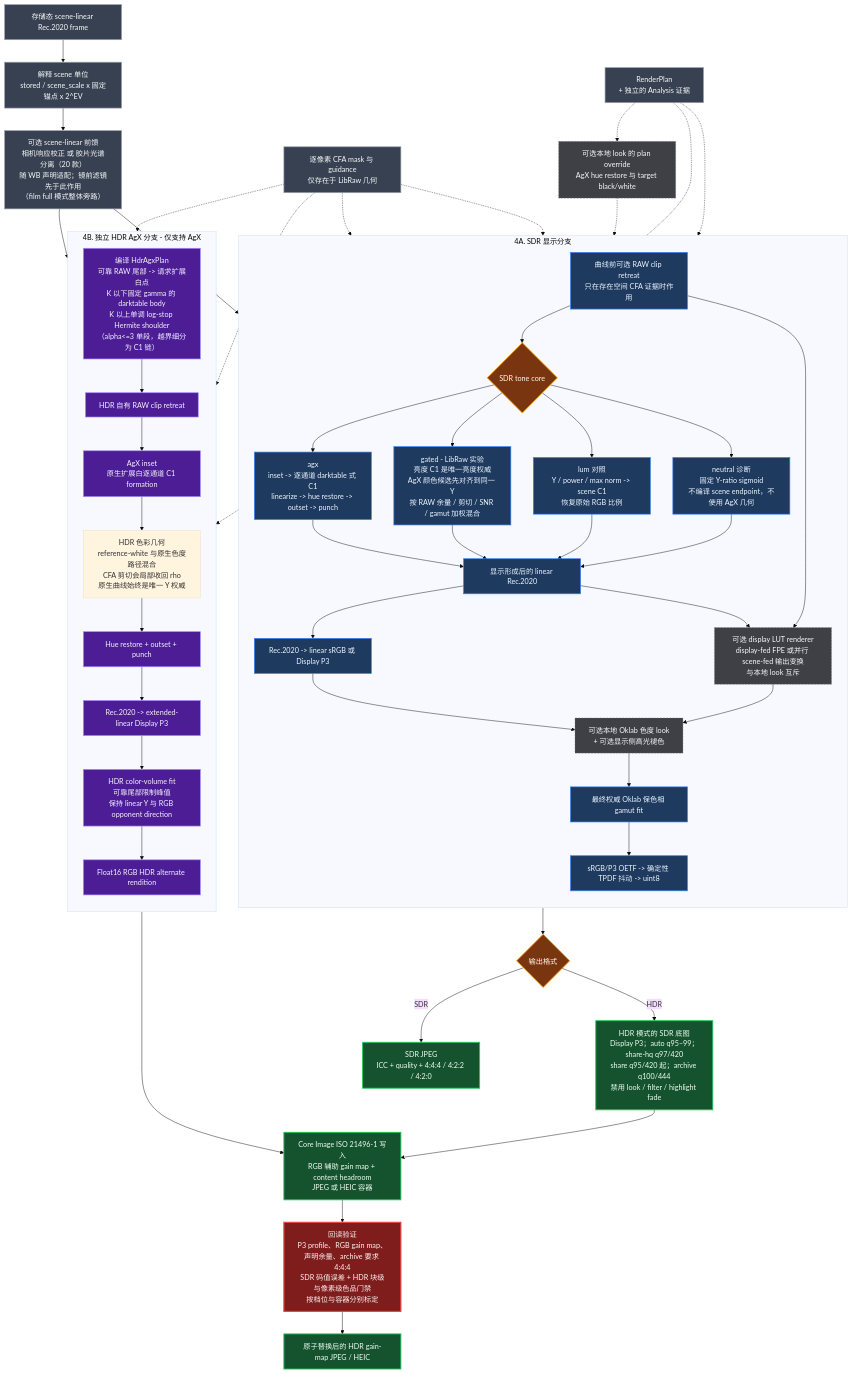
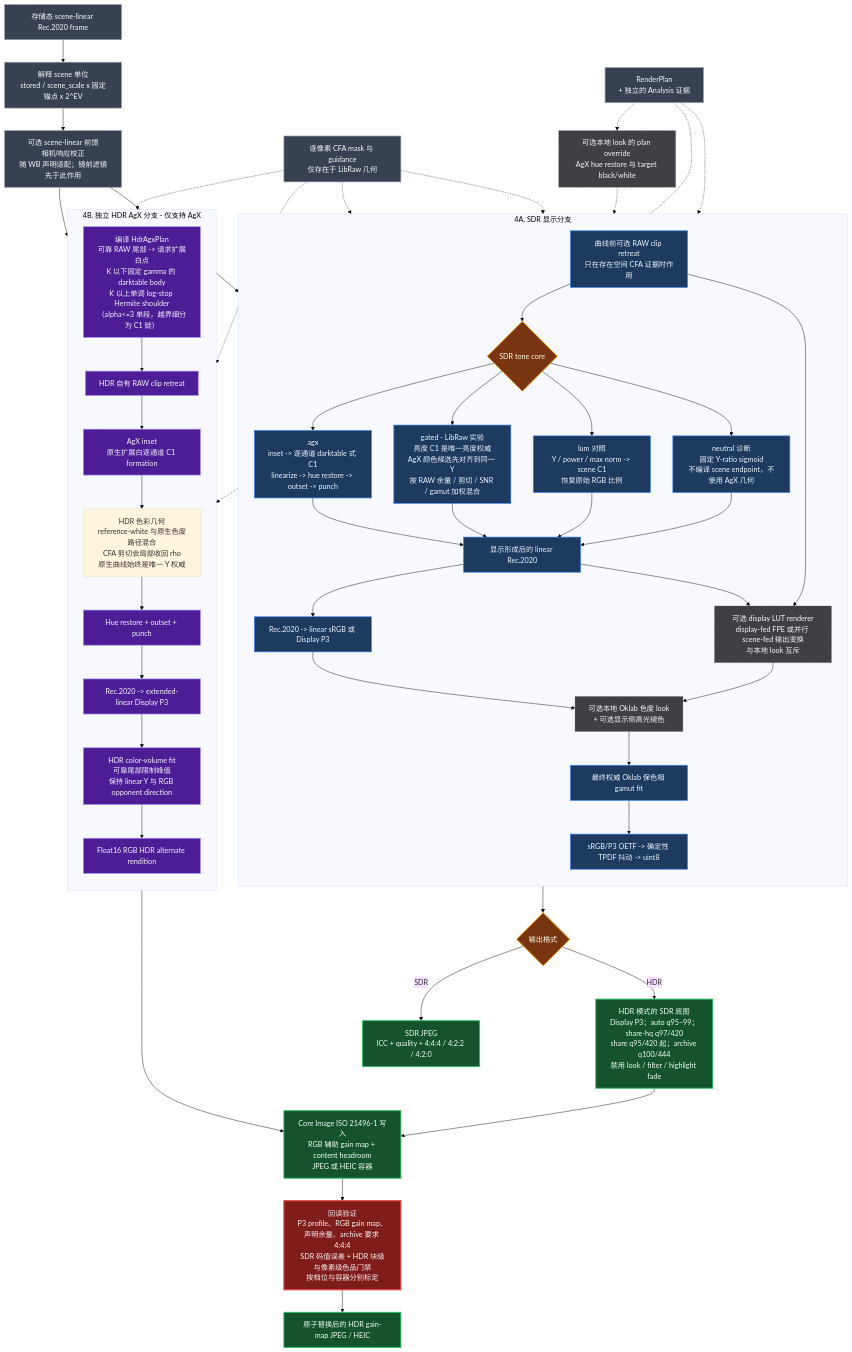
The second of 2 diagrams in docs/ARCHITECTURE.zh-CN.md (Gen-416/AgXRAW), drawn with Mermaid (base theme) before and after one commit. The commit also changed other lines of this file and 455 other files, not shown here.

```diff
--- a/docs/ARCHITECTURE.zh-CN.md
+++ b/docs/ARCHITECTURE.zh-CN.md
@@ -188,7 +174,7 @@
 flowchart TB
     SCENE["存储态 scene-linear Rec.2020 frame"]
     SCALE["解释 scene 单位<br/>stored / scene_scale x 固定锚点 x 2^EV"]
-    PREFEED["可选 scene-linear 前馈<br/>相机响应校正 或 胶片光谱分离（20 款）<br/>随 WB 声明适配；镜前滤镜先于此作用<br/>（film full 模式整体旁路）"]
+    PREFEED["可选 scene-linear 前馈<br/>相机响应校正<br/>随 WB 声明适配；镜前滤镜先于此作用"]
     PLAN["RenderPlan<br/>+ 独立的 Analysis 证据"]
     MASKS["逐像素 CFA mask 与 guidance<br/>仅存在于 LibRaw 几何"]
     LOOKPOLICY["可选本地 look 的 plan override<br/>AgX hue restore 与 target black/white"]
```
